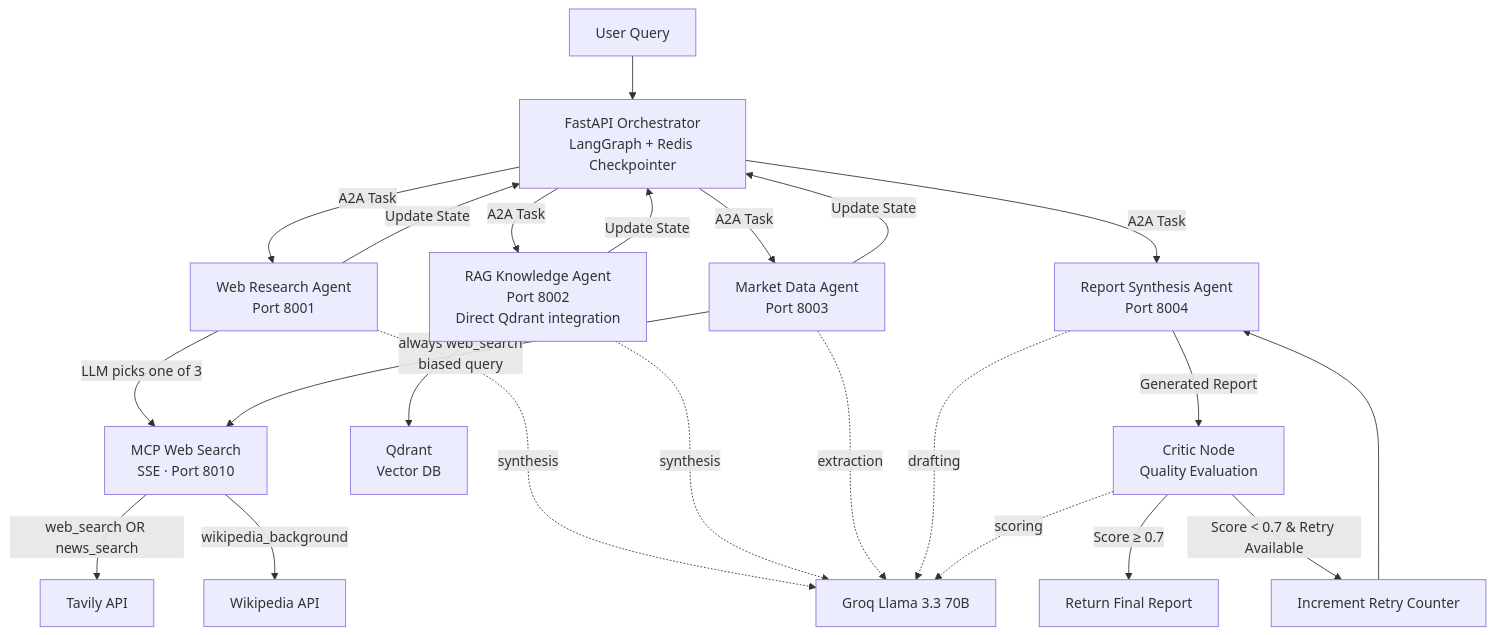
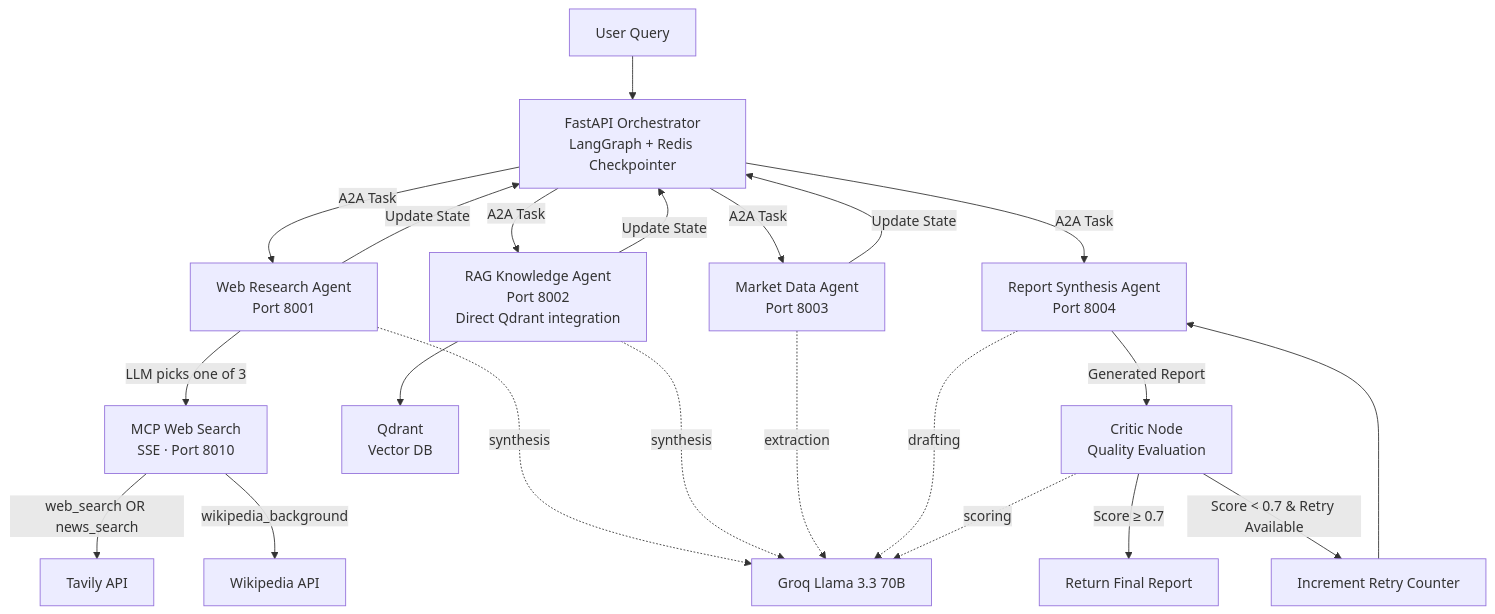
The first of 3 diagrams in README.md (kowshikkkkkk/research-agent-orchestrator), drawn with Mermaid before and after one commit.

````diff
--- a/README.md
+++ b/README.md
@@ -13,32 +13,32 @@
 ```mermaid
 flowchart TD
     A["User Query"]
     --> B["FastAPI Orchestrator<br/>LangGraph + Redis Checkpointer"]
 
     B -->|"A2A Task"| C["Web Research Agent<br/>Port 8001"]
     C -->|"LLM picks one of 3"| C1["MCP Web Search<br/>SSE · Port 8010"]
     C1 -->|"web_search OR news_search"| C2["Tavily API"]
     C1 -->|"wikipedia_background"| C3["Wikipedia API"]
     C -->|"Update State"| B
 
     B -->|"A2A Task"| D["RAG Knowledge Agent<br/>Port 8002<br/>Direct Qdrant integration"]
     D --> D1["Qdrant<br/>Vector DB"]
     D -->|"Update State"| B
 
     B -->|"A2A Task"| E["Market Data Agent<br/>Port 8003"]
-    E -->|"always web_search<br/>biased query"| C1
+    
     E -->|"Update State"| B
 
     C -.->|"synthesis"| L["Groq Llama 3.3 70B"]
     D -.->|"synthesis"| L
     E -.->|"extraction"| L
 
     B -->|"A2A Task"| F["Report Synthesis Agent<br/>Port 8004"]
     F -.->|"drafting"| L
     F -->|"Generated Report"| G["Critic Node<br/>Quality Evaluation"]
     G -.->|"scoring"| L
 
     G -->|"Score ≥ 0.7"| H["Return Final Report"]
     G -->|"Score < 0.7 & Retry Available"| I["Increment Retry Counter"]
     I --> F
 ```
````
